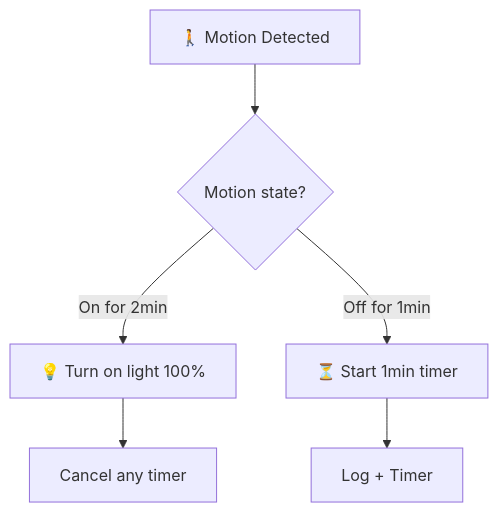
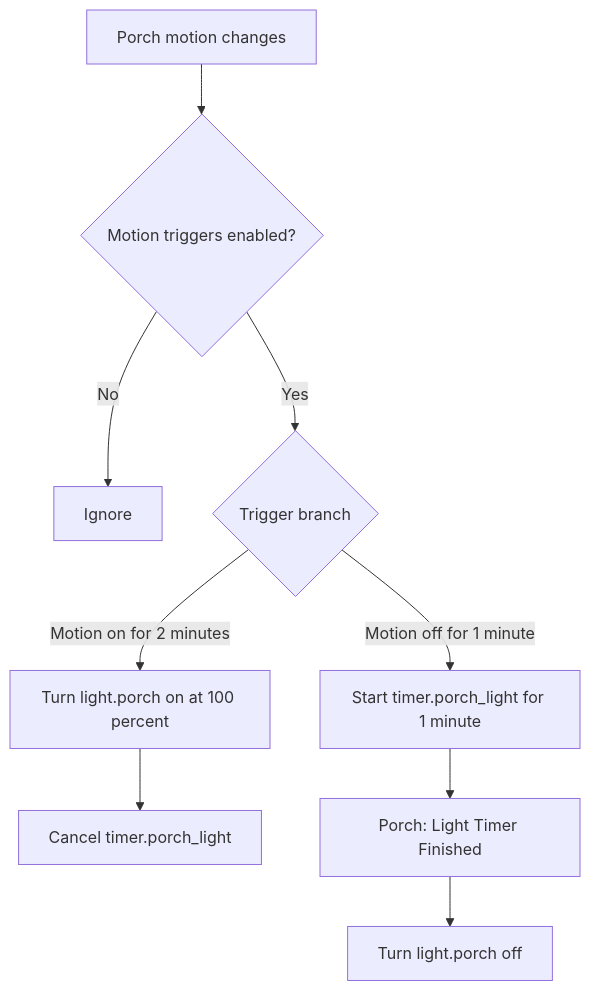
Before and after one commit to dannytsang/homeassistant-config: the second of 2 diagrams in packages/rooms/porch/README.md, drawn with Mermaid. The commit also changed other lines of this file and 60 other files, not shown here.

````diff
--- a/packages/rooms/porch/README.md
+++ b/packages/rooms/porch/README.md
@@ -100,8 +72,11 @@
 ```mermaid
 flowchart TD
-    A["🚶 Motion Detected"] --> B{"Motion state?"}
-    B -->|On for 2min| C["💡 Turn on light 100%"]
-    B -->|Off for 1min| D["⏳ Start 1min timer"]
-    C --> E["Cancel any timer"]
-    D --> F["Log + Timer"]
+    Motion[Porch motion changes] --> Enabled{Motion triggers enabled?}
+    Enabled -->|No| Ignore[Ignore]
+    Enabled -->|Yes| Which{Trigger branch}
+    Which -->|Motion on for 2 minutes| On[Turn light.porch on at 100 percent]
+    On --> Cancel[Cancel timer.porch_light]
+    Which -->|Motion off for 1 minute| Start[Start timer.porch_light for 1 minute]
+    Start --> TimerFinished[Porch: Light Timer Finished]
+    TimerFinished --> Off[Turn light.porch off]
 ```
````
